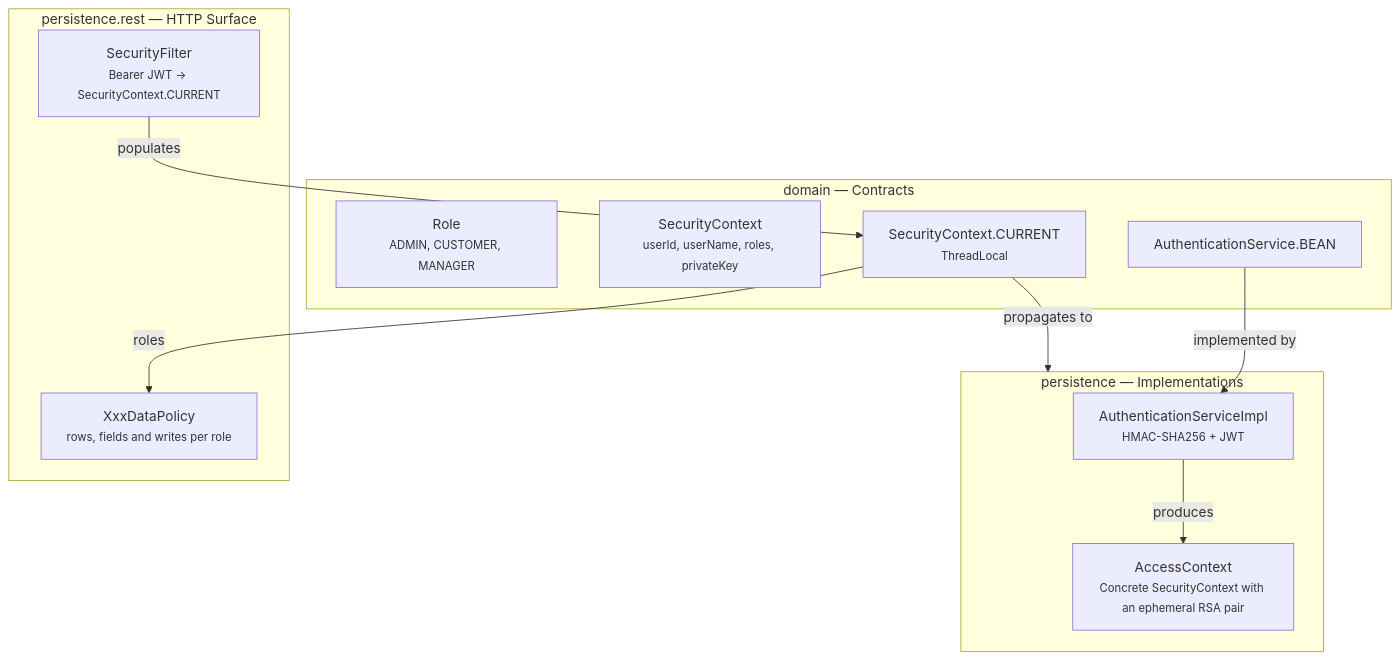
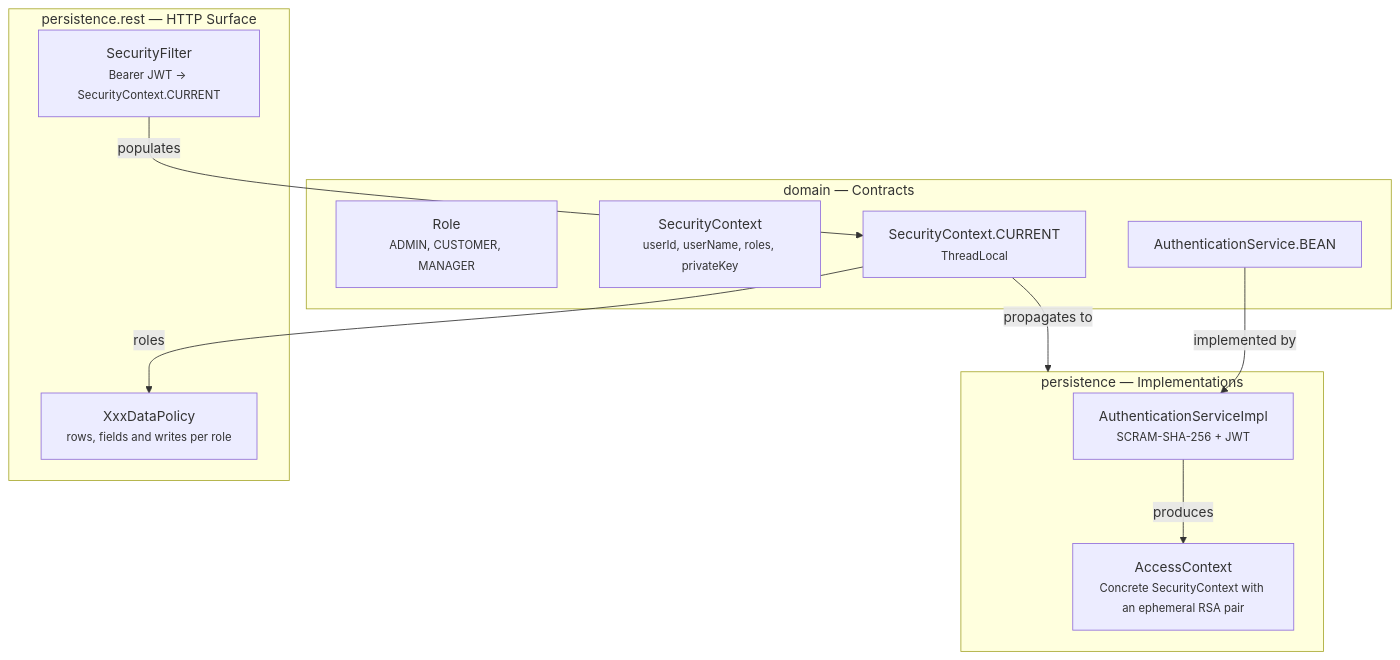
The third of 6 diagrams in docs/data-layer.md (mrcdom/wdc-cube-java-v2), drawn with Mermaid before and after one commit. The commit also changed other lines of this file and 65 other files, not shown here.

````diff
--- a/docs/data-layer.md
+++ b/docs/data-layer.md
@@ -531,25 +531,25 @@
 ```mermaid
 graph TD
     subgraph Domain["domain — Contracts"]
         Role["Role<br/><small>ADMIN, CUSTOMER, MANAGER</small>"]
         SecCtx["SecurityContext<br/><small>userId, userName, roles, privateKey</small>"]
         SecHolder["SecurityContext.CURRENT<br/><small>ThreadLocal</small>"]
         AuthSvc["AuthenticationService.BEAN"]
     end
 
     subgraph Persistence["persistence — Implementations"]
-        AuthImpl["AuthenticationServiceImpl<br/><small>HMAC-SHA256 + JWT</small>"]
+        AuthImpl["AuthenticationServiceImpl<br/><small>SCRAM-SHA-256 + JWT</small>"]
         AccessCtx["AccessContext<br/><small>Concrete SecurityContext with an ephemeral RSA pair</small>"]
     end
 
     subgraph REST["persistence.rest — HTTP Surface"]
         Filter["SecurityFilter<br/><small>Bearer JWT → SecurityContext.CURRENT</small>"]
         Policies["XxxDataPolicy<br/><small>rows, fields and writes per role</small>"]
     end
 
     AuthSvc -->|"implemented by"| AuthImpl
     AuthImpl -->|"produces"| AccessCtx
     Filter -->|"populates"| SecHolder
     SecHolder -->|"propagates to"| Persistence
     SecHolder -->|"roles"| Policies
 ```
````
